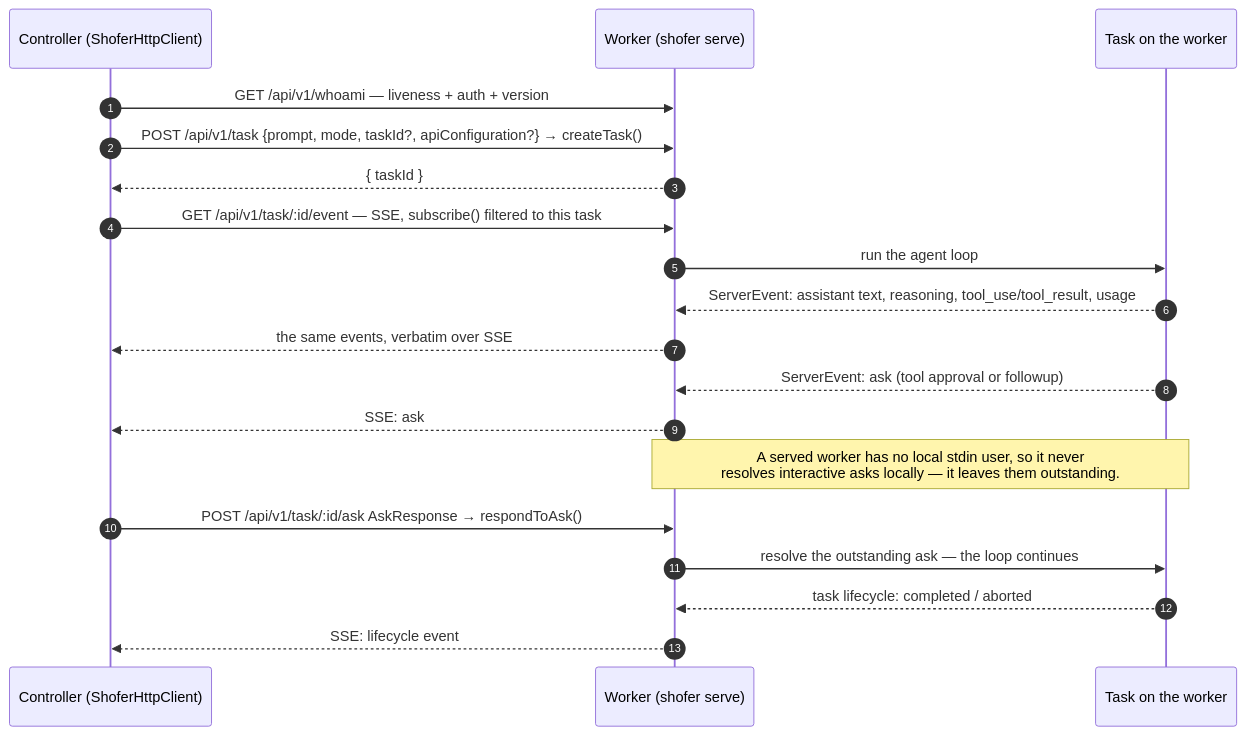
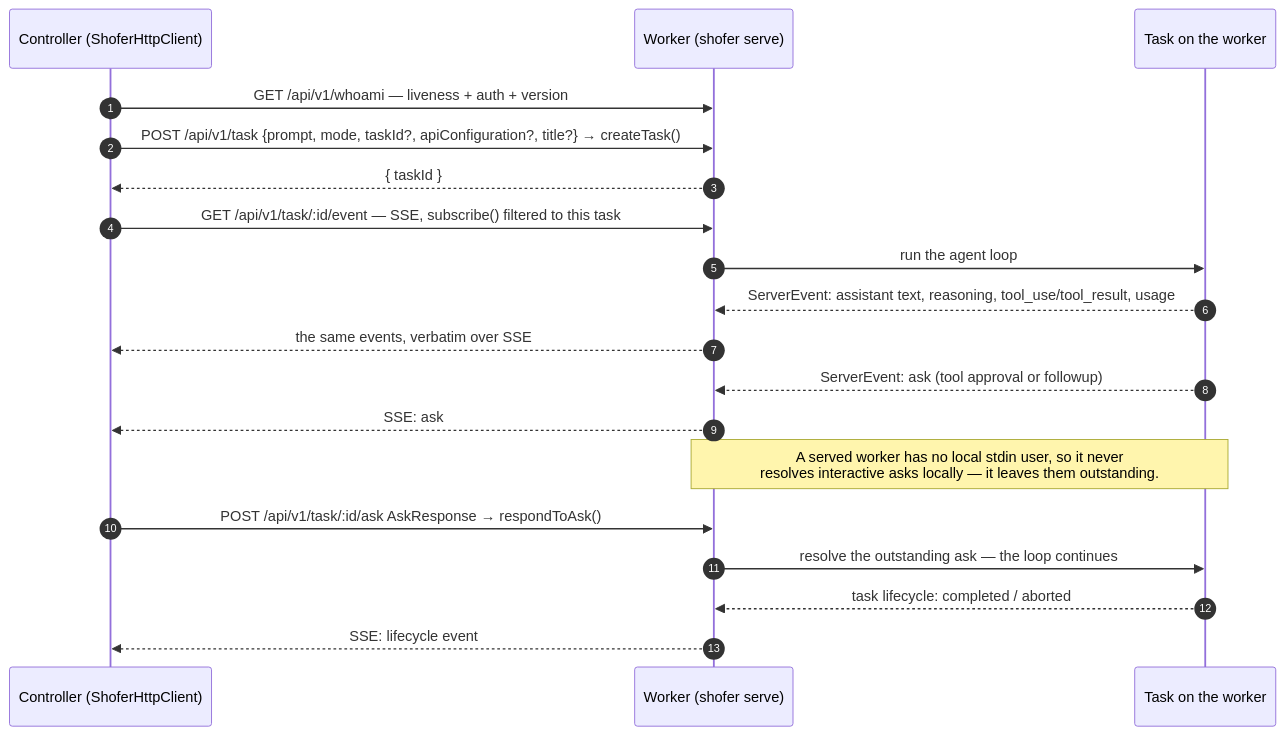
The third of 8 diagrams in docs/shofer-api.md (shofer-dev/shofer), drawn with Mermaid before and after one commit. The commit also changed other lines of this file and 7 other files, not shown here.

First line of the commit message:
feat(transport): a provider pin covers credentials, not behaviour — plus createTask title

````diff
--- a/docs/shofer-api.md
+++ b/docs/shofer-api.md
@@ -287,22 +302,22 @@
 ```mermaid
 sequenceDiagram
     autonumber
     participant C as Controller (ShoferHttpClient)
     participant N as Worker (shofer serve)
     participant T as Task on the worker
 
     C->>N: GET /api/v1/whoami — liveness + auth + version
-    C->>N: POST /api/v1/task {prompt, mode, taskId?, apiConfiguration?} → createTask()
+    C->>N: POST /api/v1/task {prompt, mode, taskId?, apiConfiguration?, title?} → createTask()
     N-->>C: { taskId }
     C->>N: GET /api/v1/task/:id/event — SSE, subscribe() filtered to this task
     N->>T: run the agent loop
     T-->>N: ServerEvent: assistant text, reasoning, tool_use/tool_result, usage
     N-->>C: the same events, verbatim over SSE
     T-->>N: ServerEvent: ask (tool approval or followup)
     N-->>C: SSE: ask
     Note over N,T: A served worker has no local stdin user, so it never<br/>resolves interactive asks locally — it leaves them outstanding.
     C->>N: POST /api/v1/task/:id/ask AskResponse → respondToAsk()
     N->>T: resolve the outstanding ask — the loop continues
     T-->>N: task lifecycle: completed / aborted
     N-->>C: SSE: lifecycle event
 ```
````
